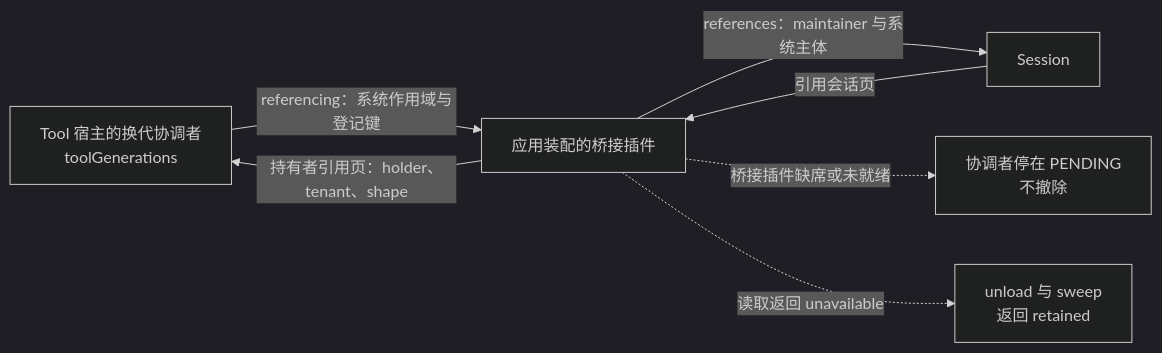
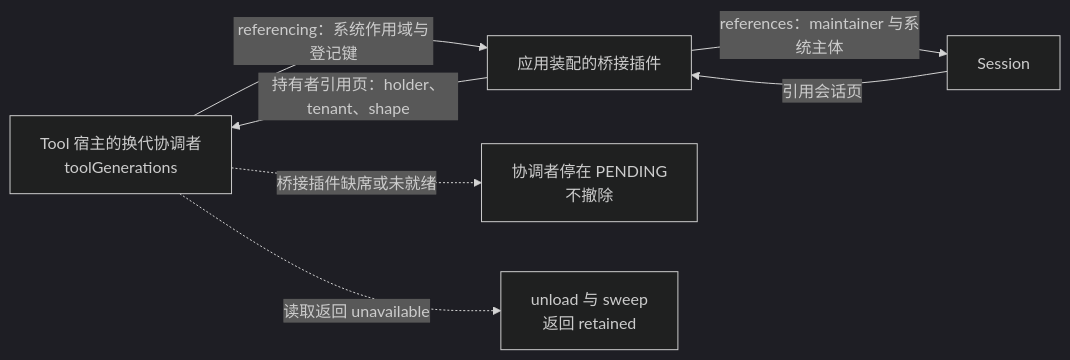
Before and after one commit to nemori-ai/omne-harness-lite: the first of 2 diagrams in docs/architecture/runtime/tool-runtime.md, drawn with Mermaid (dark theme). The commit also changed other lines of this file, not shown here.

First line of the commit message:
docs(architecture): 冻结链调用方改为 Session 推进触发并收齐表达修订

````diff
--- a/docs/architecture/runtime/tool-runtime.md
+++ b/docs/architecture/runtime/tool-runtime.md
@@ -63,9 +63,9 @@
 ```mermaid
 flowchart LR
     G["Tool 宿主的换代协调者<br/>toolGenerations"] -->|"referencing：系统作用域与登记键"| B["应用装配的桥接插件"]
     B -->|"references：maintainer 与系统主体"| S["Session"]
     S -->|"引用会话页"| B
     B -->|"持有者引用页：holder、tenant、shape"| G
-    B -.->|"桥接插件缺席或未就绪"| P["协调者停在 PENDING<br/>不撤除"]
-    B -.->|"读取返回 unavailable"| R["unload 与 sweep<br/>返回 retained"]
+    G -.->|"桥接插件缺席或未就绪"| P["协调者停在 PENDING<br/>不撤除"]
+    G -.->|"读取返回 unavailable"| R["unload 与 sweep<br/>返回 retained"]
 ```
````
